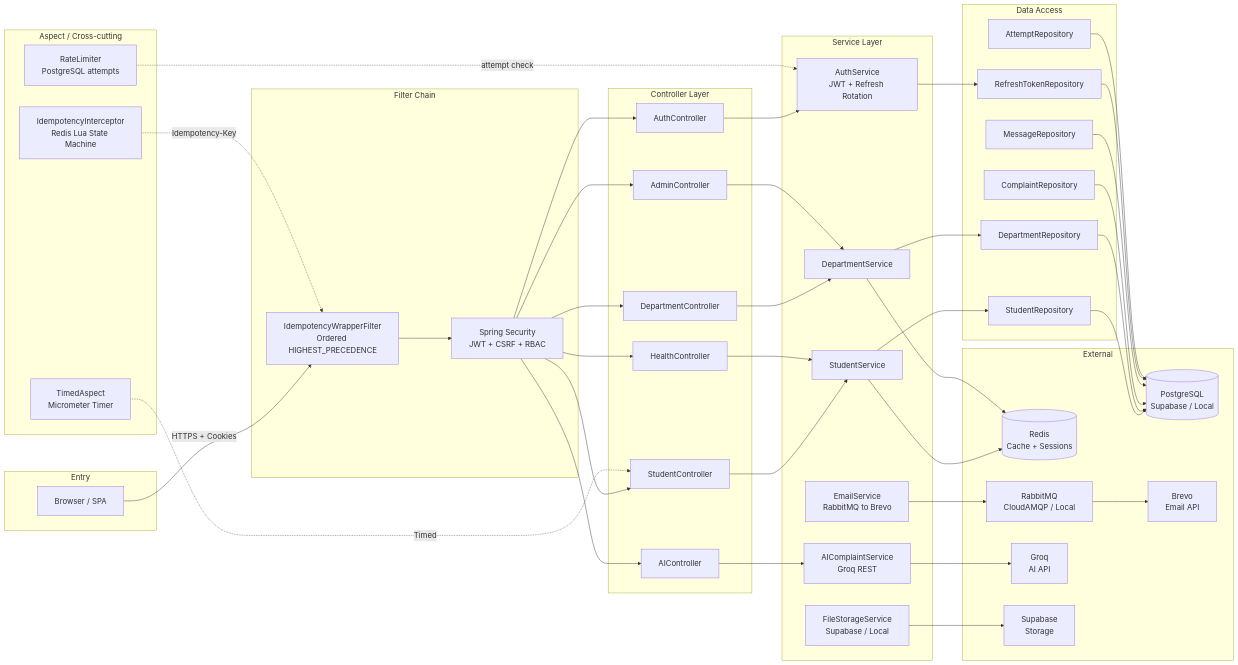
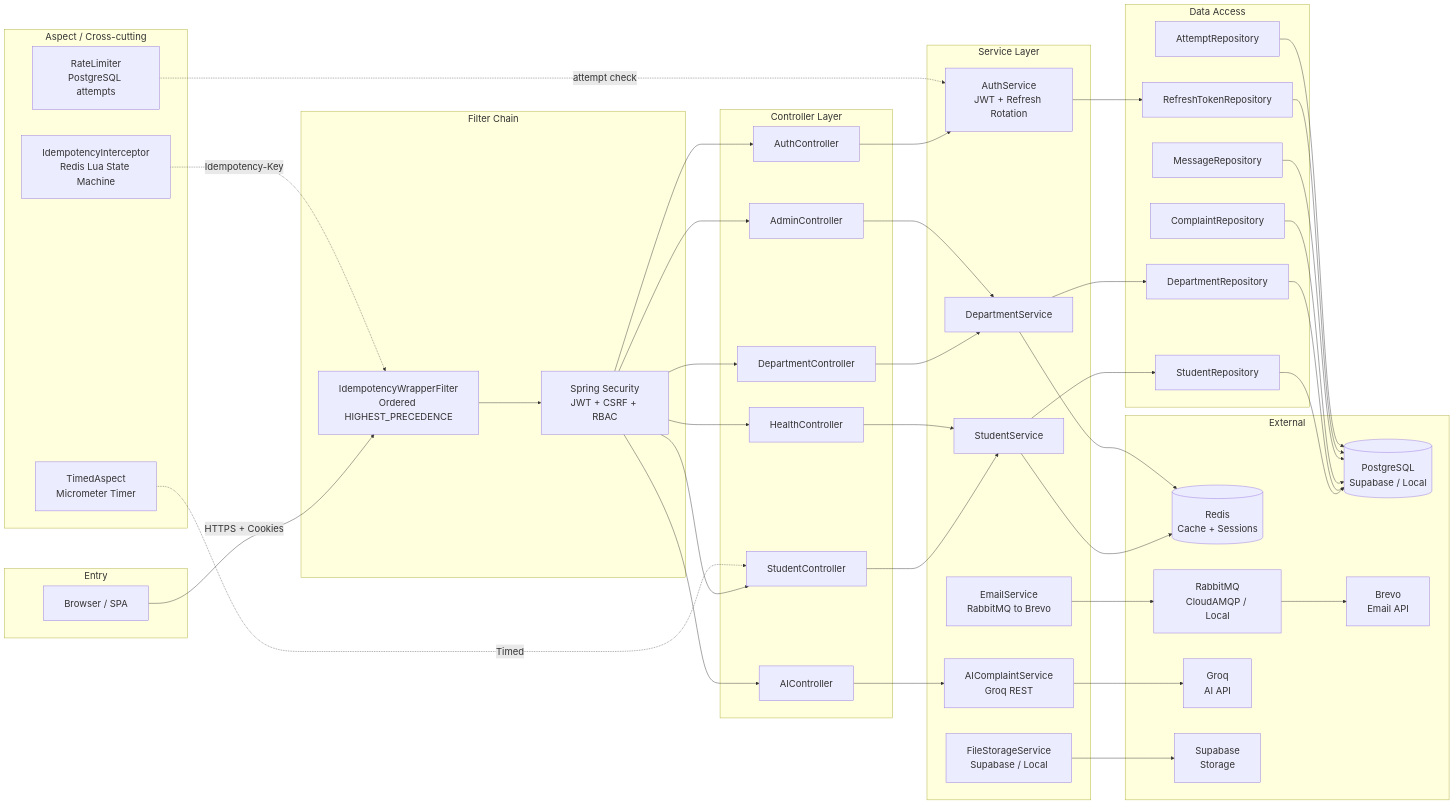
Before and after one commit to emmanuel-40/s2dcms-backend: the second of 2 diagrams in README.md, drawn with Mermaid.

Commit message:
docs: increase mermaid diagram font and spacing for readability

````diff
--- a/README.md
+++ b/README.md
@@ -774,5 +774,5 @@
 ```mermaid
-%%{init: {'themeVariables': {'fontSize': '18px'}, 'flowchart': {'nodeSpacing': 50, 'rankSpacing': 70, 'padding': 20}}}%%
+%%{init: {'themeVariables': {'fontSize': '22px'}, 'flowchart': {'nodeSpacing': 60, 'rankSpacing': 80, 'padding': 24, 'useMaxWidth': false}}}%%
 flowchart LR
     subgraph Entry["Entry"]
         Client["Browser / SPA"]
````
